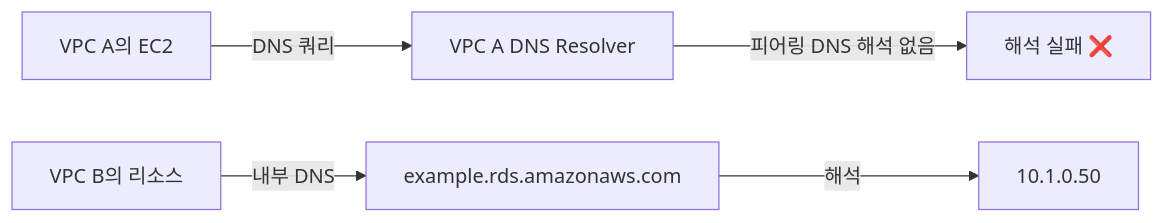
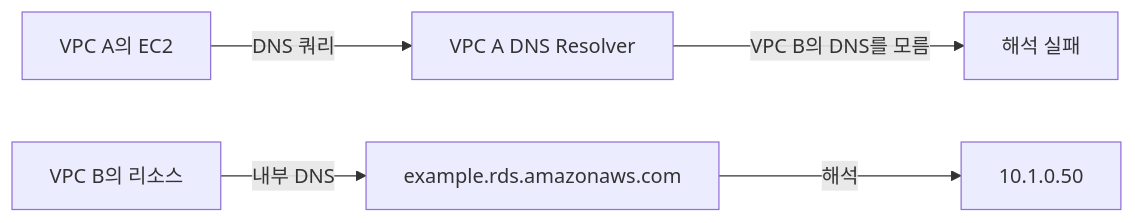
Before and after one commit to yoochangyeon/yoochangyeon.github.io: the first of 2 diagrams in src/data/post/vpc-peering-troubleshooting-guide.mdx, drawn with Mermaid. The commit also changed other lines of this file, not shown here.

````diff
--- a/src/data/post/vpc-peering-troubleshooting-guide.mdx
+++ b/src/data/post/vpc-peering-troubleshooting-guide.mdx
@@ -168,8 +120,8 @@
 ```mermaid
 graph LR
     A[VPC A의 EC2] -->|DNS 쿼리| B[VPC A DNS Resolver]
-    B -->|피어링 DNS 해석 없음| C[해석 실패 ❌]
+    B -->|VPC B의 DNS를 모름| C[해석 실패]
 
     D[VPC B의 리소스] -->|내부 DNS| E[example.rds.amazonaws.com]
     E -->|해석| F[10.1.0.50]
 ```
````
